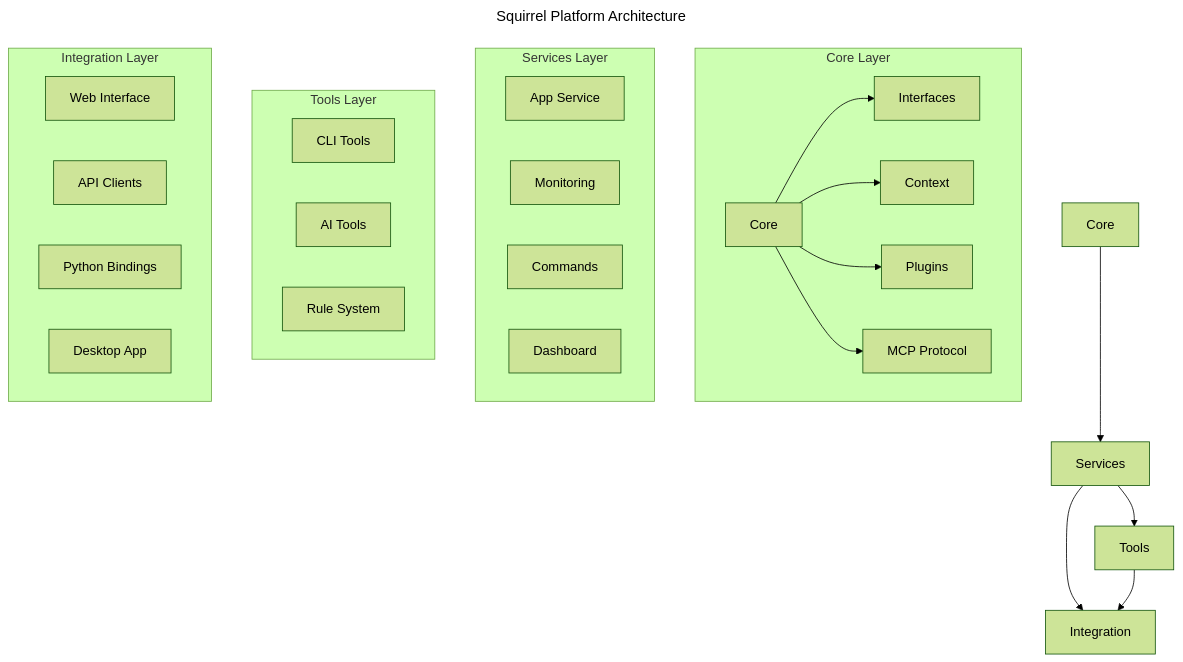
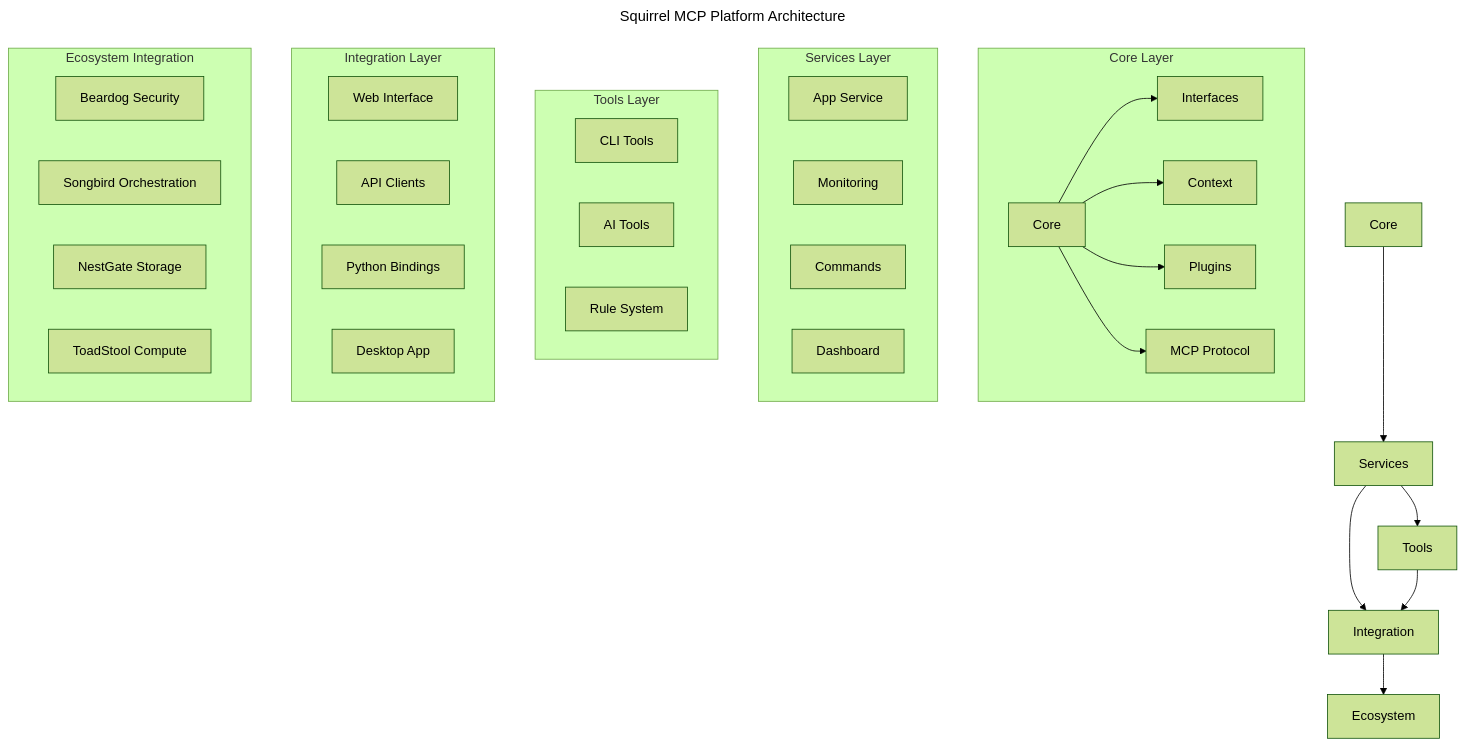
The diagram in README.md (ecoPrimals/squirrel), drawn with Mermaid (forest theme) before and after one commit. The commit also changed other lines of this file and 58 other files, not shown here.

````diff
--- a/README.md
+++ b/README.md
@@ -15,37 +35,45 @@
 ```mermaid
 ---
-title: Squirrel Platform Architecture
+title: Squirrel MCP Platform Architecture
 ---
 graph TB
     subgraph "Core Layer"
         C[Core] --> I[Interfaces]
         C --> CTX[Context]
         C --> P[Plugins]
         C --> MCP[MCP Protocol]
     end
     
     subgraph "Services Layer"
         APP[App Service]
         MON[Monitoring]
         CMD[Commands]
         DASH[Dashboard]
     end
     
     subgraph "Tools Layer"
         CLI[CLI Tools]
         AI[AI Tools] 
         RULES[Rule System]
     end
     
     subgraph "Integration Layer"
         WEB[Web Interface]
         API[API Clients]
         PYO3[Python Bindings]
         TAURI[Desktop App]
     end
     
+    subgraph "Ecosystem Integration"
+        BEARDOG[Beardog Security]
+        SONGBIRD[Songbird Orchestration]
+        NESTGATE[NestGate Storage]
+        TOADSTOOL[ToadStool Compute]
+    end
+    
     Core --> Services
     Services --> Tools
     Services --> Integration
     Tools --> Integration
+    Integration --> Ecosystem
 ```
````
